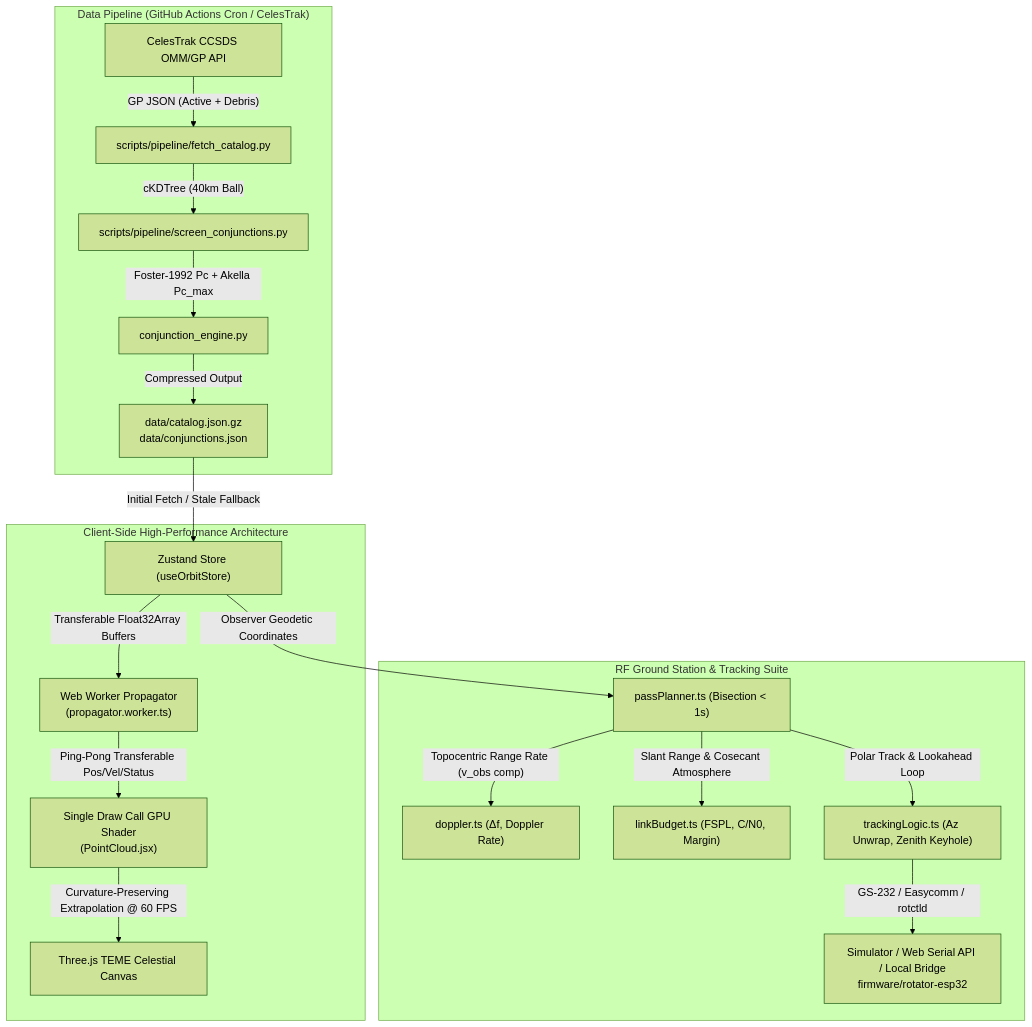
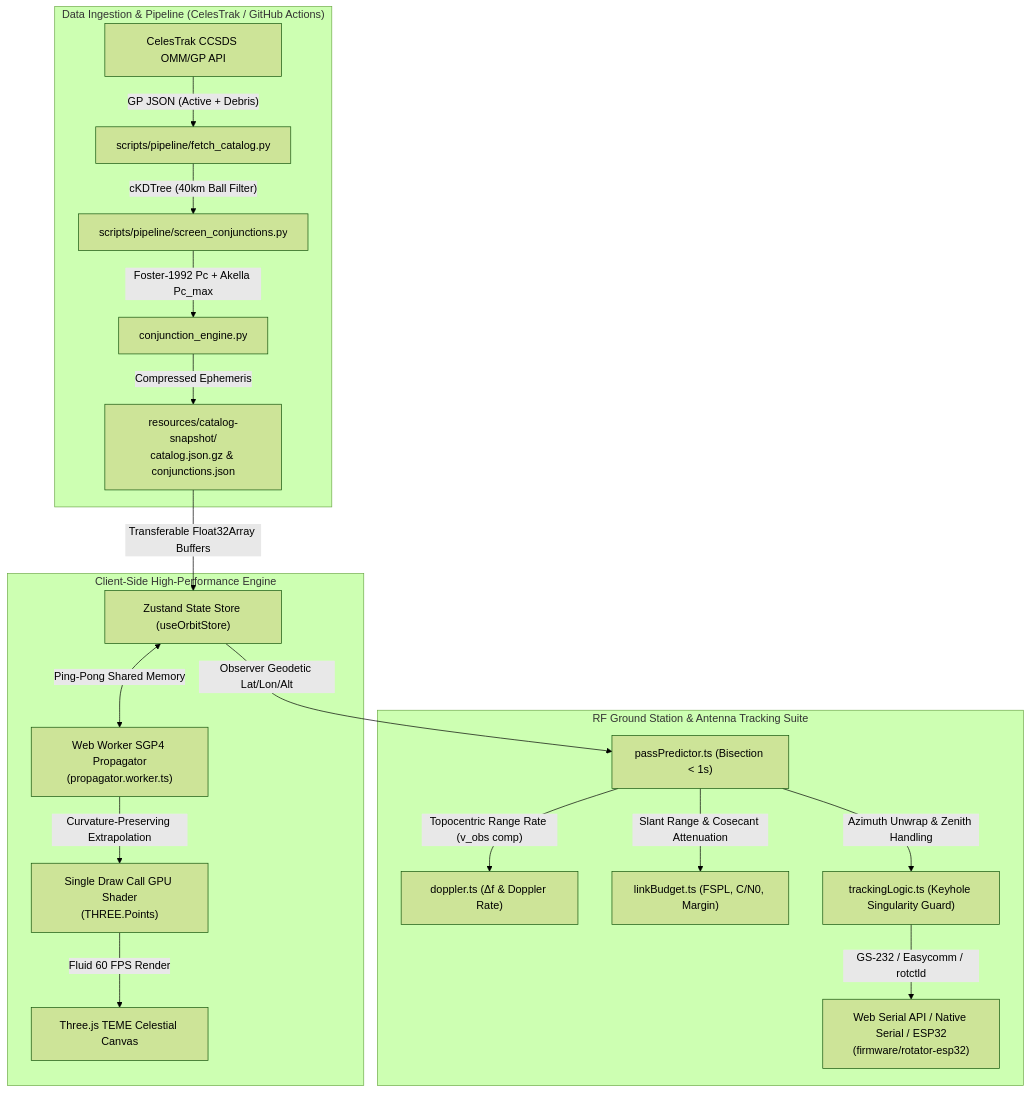
One commit to Hitesh070/ISRO-Orbit-Watch changed the diagram in README.md. Above: the diagram before and after it, drawn with Mermaid (forest theme). The commit also changed other lines of this file and 1 other file, not shown here.

Commit message:
docs: overhaul README with architecture diagrams, astrodynamics specs, directory tree, and add MIT license

````diff
--- a/README.md
+++ b/README.md
@@ -34,24 +69,24 @@
 ```mermaid
 flowchart TD
-    subgraph Data_Pipeline ["Data Pipeline (GitHub Actions Cron / CelesTrak)"]
-        CT["CelesTrak CCSDS OMM/GP API"] -->|"GP JSON (Active + Debris)"| Pipe["scripts/pipeline/fetch_catalog.py"]
-        Pipe -->|"cKDTree (40km Ball)"| Screen["scripts/pipeline/screen_conjunctions.py"]
-        Screen -->|"Foster-1992 Pc + Akella Pc_max"| Conj["conjunction_engine.py"]
-        Conj -->|"Compressed Output"| Artifacts["data/catalog.json.gz<br/>data/conjunctions.json"]
+    subgraph DataPipeline ["Data Ingestion & Pipeline (CelesTrak / GitHub Actions)"]
+        CT["CelesTrak CCSDS OMM/GP API"] -->|"GP JSON (Active + Debris)"| Fetch["scripts/pipeline/fetch_catalog.py"]
+        Fetch -->|"cKDTree (40km Ball Filter)"| Screen["scripts/pipeline/screen_conjunctions.py"]
+        Screen -->|"Foster-1992 Pc + Akella Pc_max"| ConjEngine["conjunction_engine.py"]
+        ConjEngine -->|"Compressed Ephemeris"| Snapshots["resources/catalog-snapshot/<br/>catalog.json.gz & conjunctions.json"]
     end
 
-    subgraph Client_Core ["Client-Side High-Performance Architecture"]
-        Artifacts -->|"Initial Fetch / Stale Fallback"| Store["Zustand Store (useOrbitStore)"]
-        Store -->|"Transferable Float32Array Buffers"| Worker["Web Worker Propagator<br/>(propagator.worker.ts)"]
-        Worker -->|"Ping-Pong Transferable Pos/Vel/Status"| GPU["Single Draw Call GPU Shader<br/>(PointCloud.jsx)"]
-        GPU -->|"Curvature-Preserving Extrapolation @ 60 FPS"| Canvas["Three.js TEME Celestial Canvas"]
+    subgraph ClientCore ["Client-Side High-Performance Engine"]
+        Snapshots -->|"Transferable Float32Array Buffers"| Store["Zustand State Store (useOrbitStore)"]
+        Store <-->|"Ping-Pong Shared Memory"| Worker["Web Worker SGP4 Propagator<br/>(propagator.worker.ts)"]
+        Worker -->|"Curvature-Preserving Extrapolation"| Shader["Single Draw Call GPU Shader<br/>(THREE.Points)"]
+        Shader -->|"Fluid 60 FPS Render"| Canvas3D["Three.js TEME Celestial Canvas"]
     end
 
-    subgraph RF_Hardware ["RF Ground Station & Tracking Suite"]
-        Store -->|"Observer Geodetic Coordinates"| Pass["passPlanner.ts (Bisection < 1s)"]
-        Pass -->|"Topocentric Range Rate (v_obs comp)"| Doppler["doppler.ts (Δf, Doppler Rate)"]
-        Pass -->|"Slant Range & Cosecant Atmosphere"| Link["linkBudget.ts (FSPL, C/N0, Margin)"]
-        Pass -->|"Polar Track & Lookahead Loop"| Track["trackingLogic.ts (Az Unwrap, Zenith Keyhole)"]
-        Track -->|"GS-232 / Easycomm / rotctld"| Hardware["Simulator / Web Serial API / Local Bridge<br/>firmware/rotator-esp32"]
+    subgraph RFGroundStation ["RF Ground Station & Antenna Tracking Suite"]
+        Store -->|"Observer Geodetic Lat/Lon/Alt"| PassPlanner["passPredictor.ts (Bisection < 1s)"]
+        PassPlanner -->|"Topocentric Range Rate (v_obs comp)"| Doppler["doppler.ts (Δf & Doppler Rate)"]
+        PassPlanner -->|"Slant Range & Cosecant Attenuation"| LinkBudget["linkBudget.ts (FSPL, C/N0, Margin)"]
+        PassPlanner -->|"Azimuth Unwrap & Zenith Handling"| RotatorLogic["trackingLogic.ts (Keyhole Singularity Guard)"]
+        RotatorLogic -->|"GS-232 / Easycomm / rotctld"| HardwareInterfacing["Web Serial API / Native Serial / ESP32<br/>(firmware/rotator-esp32)"]
     end
 ```
````
